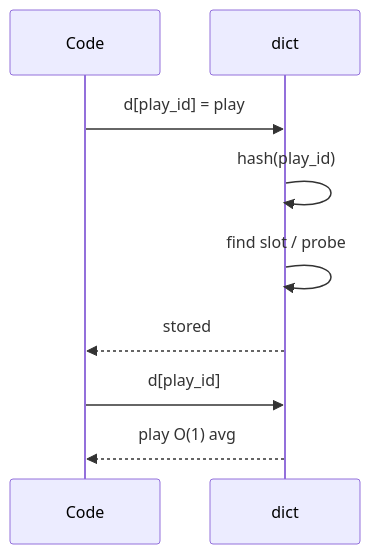
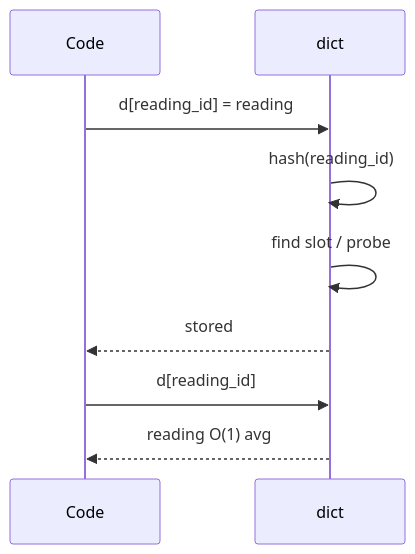
One commit to qgjones9/python-programming-guide changed the second of 6 diagrams in docs/dsa/data-structures/hash-table/index.md. Above: the diagram before and after it, drawn with Mermaid. The commit also changed other lines of this file and 29 other files, not shown here.

````diff
--- a/docs/dsa/data-structures/hash-table/index.md
+++ b/docs/dsa/data-structures/hash-table/index.md
@@ -80,11 +80,11 @@
 ```mermaid
 sequenceDiagram
   participant Code
   participant Dict as dict
-  Code->>Dict: d[play_id] = play
-  Dict->>Dict: hash(play_id)
+  Code->>Dict: d[reading_id] = reading
+  Dict->>Dict: hash(reading_id)
   Dict->>Dict: find slot / probe
   Dict-->>Code: stored
-  Code->>Dict: d[play_id]
-  Dict-->>Code: play O(1) avg
+  Code->>Dict: d[reading_id]
+  Dict-->>Code: reading O(1) avg
 ```
````
